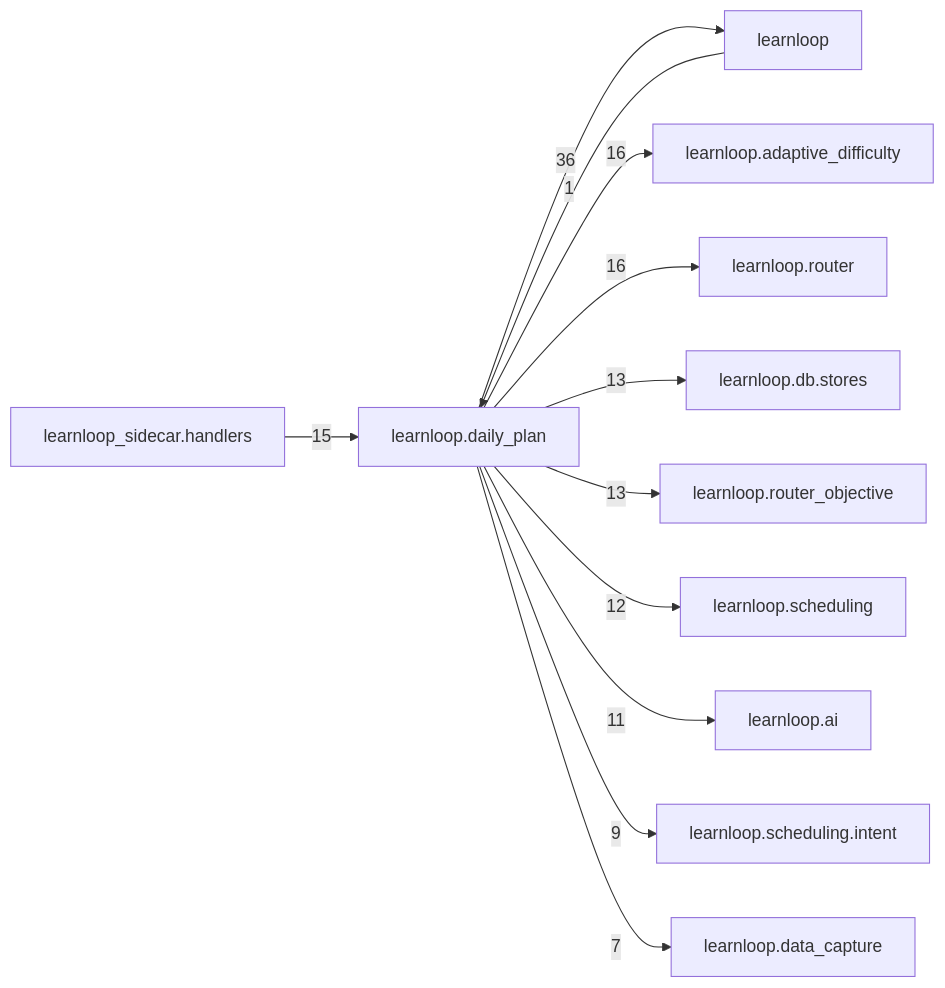
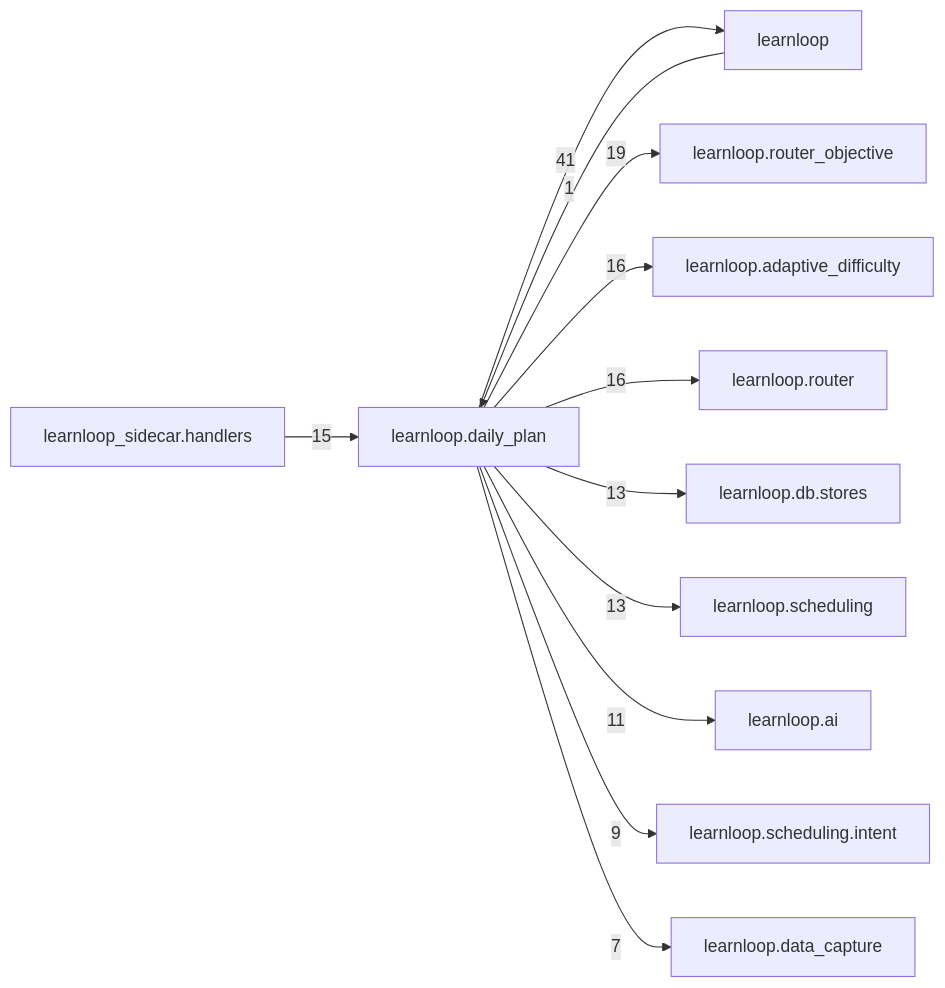
Before and after one commit to 6up-b/learnanything: the diagram in docs/learnloop-architecture-vault/Reference/Modules/learnloop/daily_plan/_package.md, drawn with Mermaid. The commit also changed other lines of this file and 550 other files, not shown here.

````diff
--- a/docs/learnloop-architecture-vault/Reference/Modules/learnloop/daily_plan/_package.md
+++ b/docs/learnloop-architecture-vault/Reference/Modules/learnloop/daily_plan/_package.md
@@ -158,25 +158,25 @@
 ```mermaid
 flowchart LR
     center["learnloop.daily_plan"]
     n_learnloop["learnloop"]
+    n_learnloop_router_objective["learnloop.router_objective"]
     n_learnloop_adaptive_difficulty["learnloop.adaptive_difficulty"]
     n_learnloop_router["learnloop.router"]
     n_learnloop_sidecar_handlers["learnloop_sidecar.handlers"]
     n_learnloop_db_stores["learnloop.db.stores"]
-    n_learnloop_router_objective["learnloop.router_objective"]
     n_learnloop_scheduling["learnloop.scheduling"]
     n_learnloop_ai["learnloop.ai"]
     n_learnloop_scheduling_intent["learnloop.scheduling.intent"]
     n_learnloop_data_capture["learnloop.data_capture"]
     n_learnloop -->|1| center
-    center -->|36| n_learnloop
+    center -->|41| n_learnloop
+    center -->|19| n_learnloop_router_objective
     center -->|16| n_learnloop_adaptive_difficulty
     center -->|16| n_learnloop_router
     n_learnloop_sidecar_handlers -->|15| center
     center -->|13| n_learnloop_db_stores
-    center -->|13| n_learnloop_router_objective
-    center -->|12| n_learnloop_scheduling
+    center -->|13| n_learnloop_scheduling
     center -->|11| n_learnloop_ai
     center -->|9| n_learnloop_scheduling_intent
     center -->|7| n_learnloop_data_capture
 ```
````
